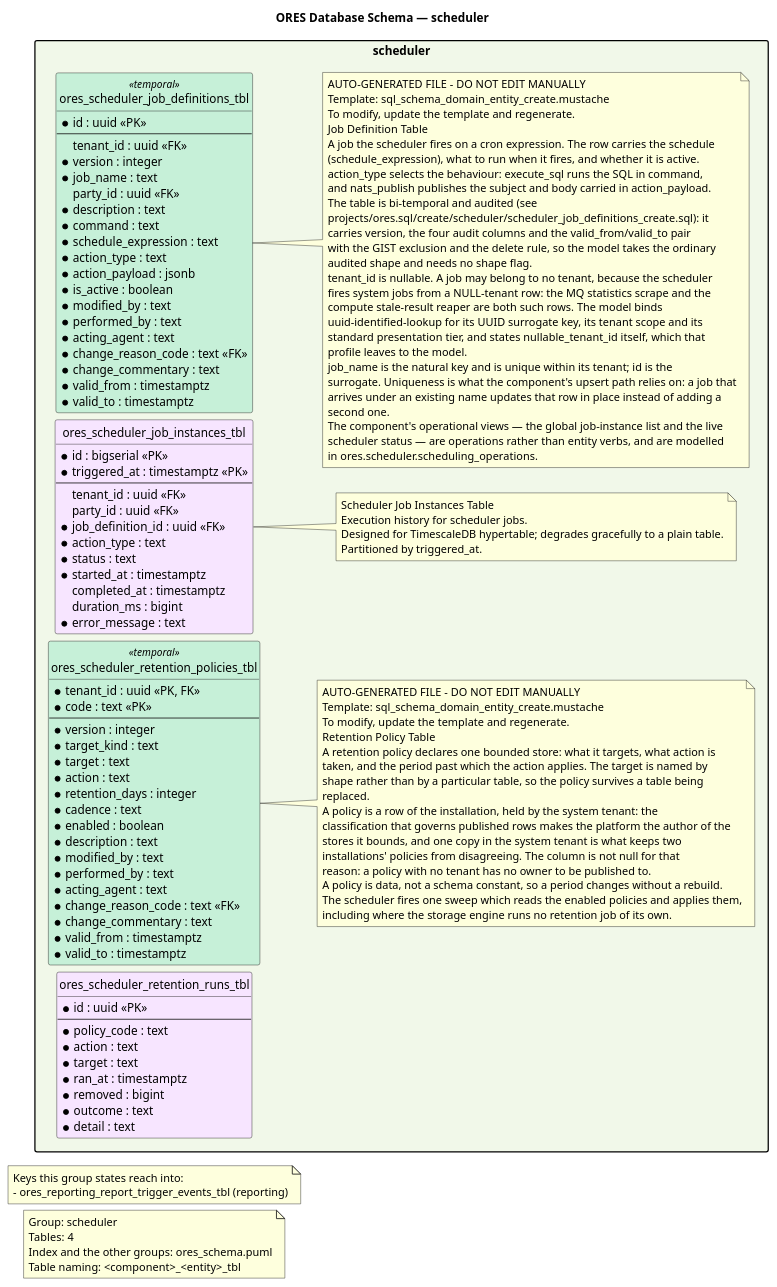
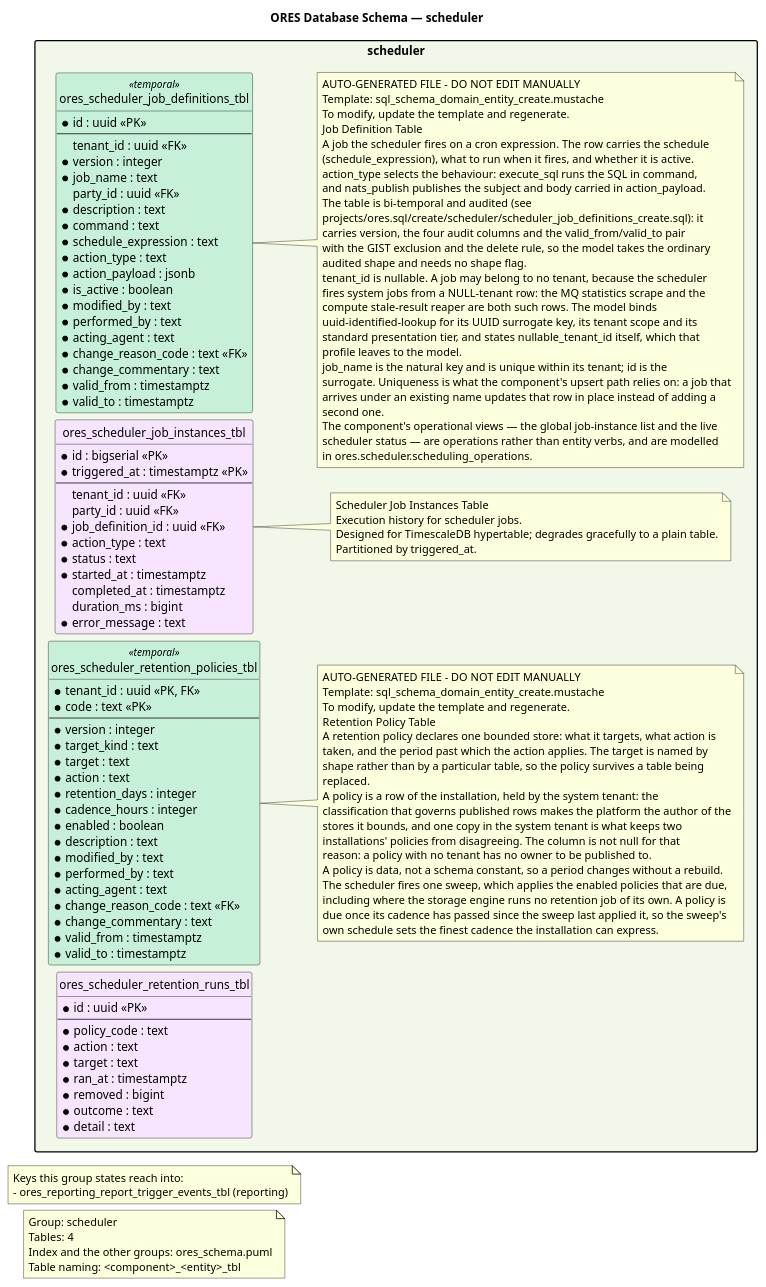
The diagram in projects/ores.sql/modeling/ores_schema.scheduler.puml (OreStudio/OreStudio), drawn with PlantUML before and after one commit. The commit also changed 15 other files, not shown here.

First line of the commit message:
[scheduler] Give each retention policy its own cadence

```diff
--- a/projects/ores.sql/modeling/ores_schema.scheduler.puml
+++ b/projects/ores.sql/modeling/ores_schema.scheduler.puml
@@ -21,164 +21,166 @@
 @startuml
 
 title ORES Database Schema — scheduler
 hide circle
 skinparam linetype ortho
 
 ' Layout: left-to-right stacks packages vertically
 left to right direction
 skinparam packageStyle rectangle
 skinparam nodesep 8
 skinparam ranksep 20
 
 note as GroupNote
 Group: scheduler
 Tables: 4
 Index and the other groups: ores_schema.puml
 Table naming: <component>_<entity>_tbl
 end note
 
 note as OtherGroups
 Keys this group states reach into:
 - ores_reporting_report_trigger_events_tbl (reporting)
 end note
 
 '
 ' ==================== scheduler (Job Scheduler) ====================
 '
 package "scheduler" #F1F8E9 {
     entity ores_scheduler_job_definitions_tbl <<temporal>> #C6F0D8 {
         * id : uuid <<PK>>
         --
           tenant_id : uuid <<FK>>
         * version : integer
         * job_name : text
           party_id : uuid <<FK>>
         * description : text
         * command : text
         * schedule_expression : text
         * action_type : text
         * action_payload : jsonb
         * is_active : boolean
         * modified_by : text
         * performed_by : text
         * acting_agent : text
         * change_reason_code : text <<FK>>
         * change_commentary : text
         * valid_from : timestamptz
         * valid_to : timestamptz
     }
 
     note right of ores_scheduler_job_definitions_tbl
     AUTO-GENERATED FILE - DO NOT EDIT MANUALLY
     Template: sql_schema_domain_entity_create.mustache
     To modify, update the template and regenerate.
     Job Definition Table
     A job the scheduler fires on a cron expression. The row carries the schedule
     (schedule_expression), what to run when it fires, and whether it is active.
     action_type selects the behaviour: execute_sql runs the SQL in command,
     and nats_publish publishes the subject and body carried in action_payload.
     The table is bi-temporal and audited (see
     projects/ores.sql/create/scheduler/scheduler_job_definitions_create.sql): it
     carries version, the four audit columns and the valid_from/valid_to pair
     with the GIST exclusion and the delete rule, so the model takes the ordinary
     audited shape and needs no shape flag.
     tenant_id is nullable. A job may belong to no tenant, because the scheduler
     fires system jobs from a NULL-tenant row: the MQ statistics scrape and the
     compute stale-result reaper are both such rows. The model binds
     uuid-identified-lookup for its UUID surrogate key, its tenant scope and its
     standard presentation tier, and states nullable_tenant_id itself, which that
     profile leaves to the model.
     job_name is the natural key and is unique within its tenant; id is the
     surrogate. Uniqueness is what the component's upsert path relies on: a job that
     arrives under an existing name updates that row in place instead of adding a
     second one.
     The component's operational views — the global job-instance list and the live
     scheduler status — are operations rather than entity verbs, and are modelled
     in ores.scheduler.scheduling_operations.
     end note
 
     entity ores_scheduler_job_instances_tbl  #F7E5FF {
         * id : bigserial <<PK>>
         * triggered_at : timestamptz <<PK>>
         --
           tenant_id : uuid <<FK>>
           party_id : uuid <<FK>>
         * job_definition_id : uuid <<FK>>
         * action_type : text
         * status : text
         * started_at : timestamptz
           completed_at : timestamptz
           duration_ms : bigint
         * error_message : text
     }
 
     note right of ores_scheduler_job_instances_tbl
     Scheduler Job Instances Table
     Execution history for scheduler jobs.
     Designed for TimescaleDB hypertable; degrades gracefully to a plain table.
     Partitioned by triggered_at.
     end note
 
     entity ores_scheduler_retention_policies_tbl <<temporal>> #C6F0D8 {
         * tenant_id : uuid <<PK, FK>>
         * code : text <<PK>>
         --
         * version : integer
         * target_kind : text
         * target : text
         * action : text
         * retention_days : integer
-        * cadence : text
+        * cadence_hours : integer
         * enabled : boolean
         * description : text
         * modified_by : text
         * performed_by : text
         * acting_agent : text
         * change_reason_code : text <<FK>>
         * change_commentary : text
         * valid_from : timestamptz
         * valid_to : timestamptz
     }
 
     note right of ores_scheduler_retention_policies_tbl
     AUTO-GENERATED FILE - DO NOT EDIT MANUALLY
     Template: sql_schema_domain_entity_create.mustache
     To modify, update the template and regenerate.
     Retention Policy Table
     A retention policy declares one bounded store: what it targets, what action is
     taken, and the period past which the action applies. The target is named by
     shape rather than by a particular table, so the policy survives a table being
     replaced.
     A policy is a row of the installation, held by the system tenant: the
     classification that governs published rows makes the platform the author of the
     stores it bounds, and one copy in the system tenant is what keeps two
     installations' policies from disagreeing. The column is not null for that
     reason: a policy with no tenant has no owner to be published to.
     A policy is data, not a schema constant, so a period changes without a rebuild.
-    The scheduler fires one sweep which reads the enabled policies and applies them,
-    including where the storage engine runs no retention job of its own.
+    The scheduler fires one sweep, which applies the enabled policies that are due,
+    including where the storage engine runs no retention job of its own. A policy is
+    due once its cadence has passed since the sweep last applied it, so the sweep's
+    own schedule sets the finest cadence the installation can express.
     end note
 
     entity ores_scheduler_retention_runs_tbl  #F7E5FF {
         * id : uuid <<PK>>
         --
         * policy_code : text
         * action : text
         * target : text
         * ran_at : timestamptz
         * removed : bigint
         * outcome : text
         * detail : text
     }
 
 }
 
 
 '
 ' ==================== Relationships ====================
 '
 
 ' Local Variables:
 ' compile-command: "java -Djava.awt.headless=true -DPLANTUML_LIMIT_SIZE=131072 -jar /usr/share/plantuml/plantuml.jar ores_schema.scheduler.puml"
 ' End:
 @enduml
```
